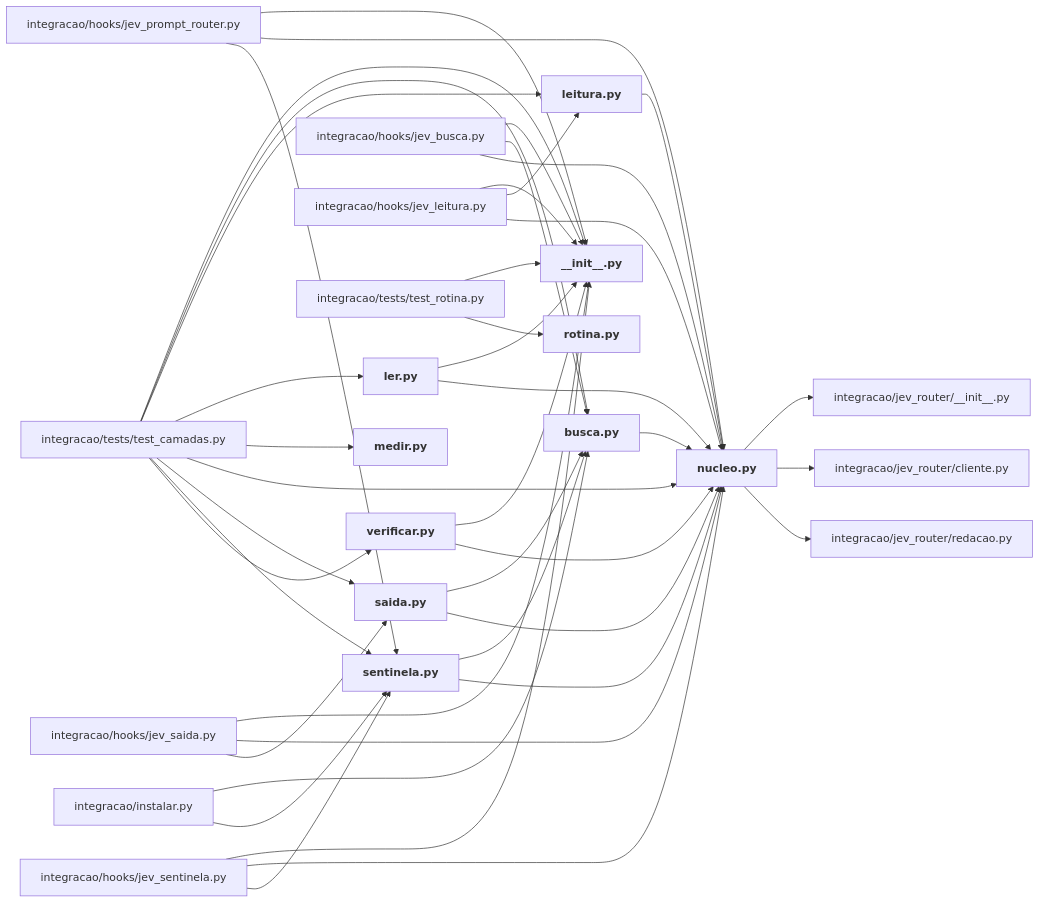
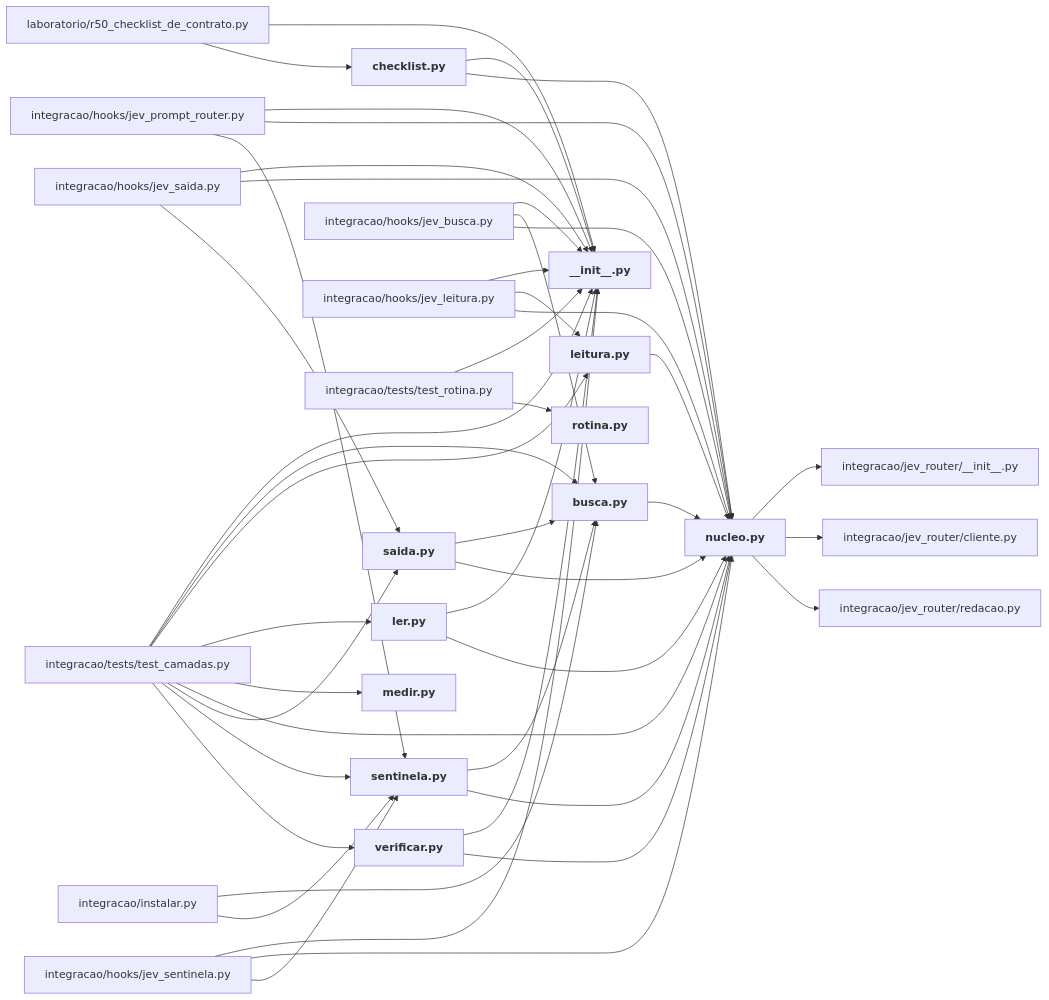
The diagram in mapa/pastas/integracao__camadas.md (igormorais123/JEV), drawn with Mermaid before and after one commit. The commit also changed other lines of this file and 47 other files, not shown here.

````diff
--- a/mapa/pastas/integracao__camadas.md
+++ b/mapa/pastas/integracao__camadas.md
@@ -26,65 +33,71 @@
 ```mermaid
 flowchart LR
   n_integracao_camadas___init___py["<b>__init__.py</b>"]
   n_integracao_camadas_busca_py["<b>busca.py</b>"]
+  n_integracao_camadas_checklist_py["<b>checklist.py</b>"]
   n_integracao_camadas_leitura_py["<b>leitura.py</b>"]
   n_integracao_camadas_ler_py["<b>ler.py</b>"]
   n_integracao_camadas_medir_py["<b>medir.py</b>"]
   n_integracao_camadas_nucleo_py["<b>nucleo.py</b>"]
   n_integracao_camadas_rotina_py["<b>rotina.py</b>"]
   n_integracao_camadas_saida_py["<b>saida.py</b>"]
   n_integracao_camadas_sentinela_py["<b>sentinela.py</b>"]
   n_integracao_camadas_verificar_py["<b>verificar.py</b>"]
   n_integracao_hooks_jev_busca_py["integracao/hooks/jev_busca.py"]
   n_integracao_hooks_jev_leitura_py["integracao/hooks/jev_leitura.py"]
   n_integracao_hooks_jev_prompt_router_py["integracao/hooks/jev_prompt_router.py"]
   n_integracao_hooks_jev_saida_py["integracao/hooks/jev_saida.py"]
   n_integracao_hooks_jev_sentinela_py["integracao/hooks/jev_sentinela.py"]
   n_integracao_instalar_py["integracao/instalar.py"]
   n_integracao_jev_router___init___py["integracao/jev_router/__init__.py"]
   n_integracao_jev_router_cliente_py["integracao/jev_router/cliente.py"]
   n_integracao_jev_router_redacao_py["integracao/jev_router/redacao.py"]
   n_integracao_tests_test_camadas_py["integracao/tests/test_camadas.py"]
   n_integracao_tests_test_rotina_py["integracao/tests/test_rotina.py"]
+  n_laboratorio_r50_checklist_de_contrato_py["laboratorio/r50_checklist_de_contrato.py"]
   n_integracao_camadas_busca_py --> n_integracao_camadas_nucleo_py
+  n_integracao_camadas_checklist_py --> n_integracao_camadas___init___py
+  n_integracao_camadas_checklist_py --> n_integracao_camadas_nucleo_py
   n_integracao_camadas_leitura_py --> n_integracao_camadas_nucleo_py
   n_integracao_camadas_ler_py --> n_integracao_camadas___init___py
   n_integracao_camadas_ler_py --> n_integracao_camadas_nucleo_py
   n_integracao_camadas_nucleo_py --> n_integracao_jev_router___init___py
   n_integracao_camadas_nucleo_py --> n_integracao_jev_router_cliente_py
   n_integracao_camadas_nucleo_py --> n_integracao_jev_router_redacao_py
   n_integracao_camadas_saida_py --> n_integracao_camadas_busca_py
   n_integracao_camadas_saida_py --> n_integracao_camadas_nucleo_py
   n_integracao_camadas_sentinela_py --> n_integracao_camadas_busca_py
   n_integracao_camadas_sentinela_py --> n_integracao_camadas_nucleo_py
   n_integracao_camadas_verificar_py --> n_integracao_camadas___init___py
   n_integracao_camadas_verificar_py --> n_integracao_camadas_nucleo_py
   n_integracao_hooks_jev_busca_py --> n_integracao_camadas___init___py
   n_integracao_hooks_jev_busca_py --> n_integracao_camadas_busca_py
   n_integracao_hooks_jev_busca_py --> n_integracao_camadas_nucleo_py
   n_integracao_hooks_jev_leitura_py --> n_integracao_camadas___init___py
   n_integracao_hooks_jev_leitura_py --> n_integracao_camadas_leitura_py
   n_integracao_hooks_jev_leitura_py --> n_integracao_camadas_nucleo_py
   n_integracao_hooks_jev_prompt_router_py --> n_integracao_camadas___init___py
   n_integracao_hooks_jev_prompt_router_py --> n_integracao_camadas_nucleo_py
   n_integracao_hooks_jev_prompt_router_py --> n_integracao_camadas_sentinela_py
   n_integracao_hooks_jev_saida_py --> n_integracao_camadas___init___py
   n_integracao_hooks_jev_saida_py --> n_integracao_camadas_nucleo_py
   n_integracao_hooks_jev_saida_py --> n_integracao_camadas_saida_py
   n_integracao_hooks_jev_sentinela_py --> n_integracao_camadas___init___py
   n_integracao_hooks_jev_sentinela_py --> n_integracao_camadas_nucleo_py
   n_integracao_hooks_jev_sentinela_py --> n_integracao_camadas_sentinela_py
   n_integracao_instalar_py --> n_integracao_camadas_busca_py
   n_integracao_instalar_py --> n_integracao_camadas_sentinela_py
   n_integracao_tests_test_camadas_py --> n_integracao_camadas___init___py
   n_integracao_tests_test_camadas_py --> n_integracao_camadas_busca_py
   n_integracao_tests_test_camadas_py --> n_integracao_camadas_leitura_py
   n_integracao_tests_test_camadas_py --> n_integracao_camadas_ler_py
   n_integracao_tests_test_camadas_py --> n_integracao_camadas_medir_py
   n_integracao_tests_test_camadas_py --> n_integracao_camadas_nucleo_py
   n_integracao_tests_test_camadas_py --> n_integracao_camadas_saida_py
   n_integracao_tests_test_camadas_py --> n_integracao_camadas_sentinela_py
   n_integracao_tests_test_camadas_py --> n_integracao_camadas_verificar_py
   n_integracao_tests_test_rotina_py --> n_integracao_camadas___init___py
   n_integracao_tests_test_rotina_py --> n_integracao_camadas_rotina_py
+  n_laboratorio_r50_checklist_de_contrato_py --> n_integracao_camadas___init___py
+  n_laboratorio_r50_checklist_de_contrato_py --> n_integracao_camadas_checklist_py
 ```
````
